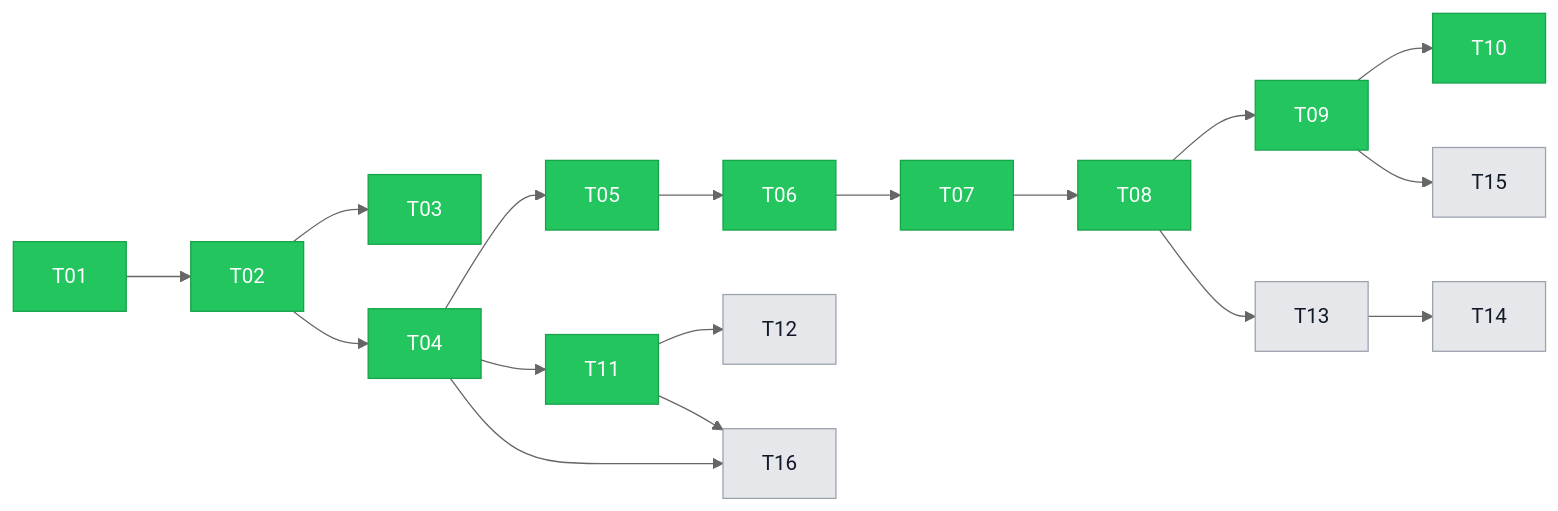
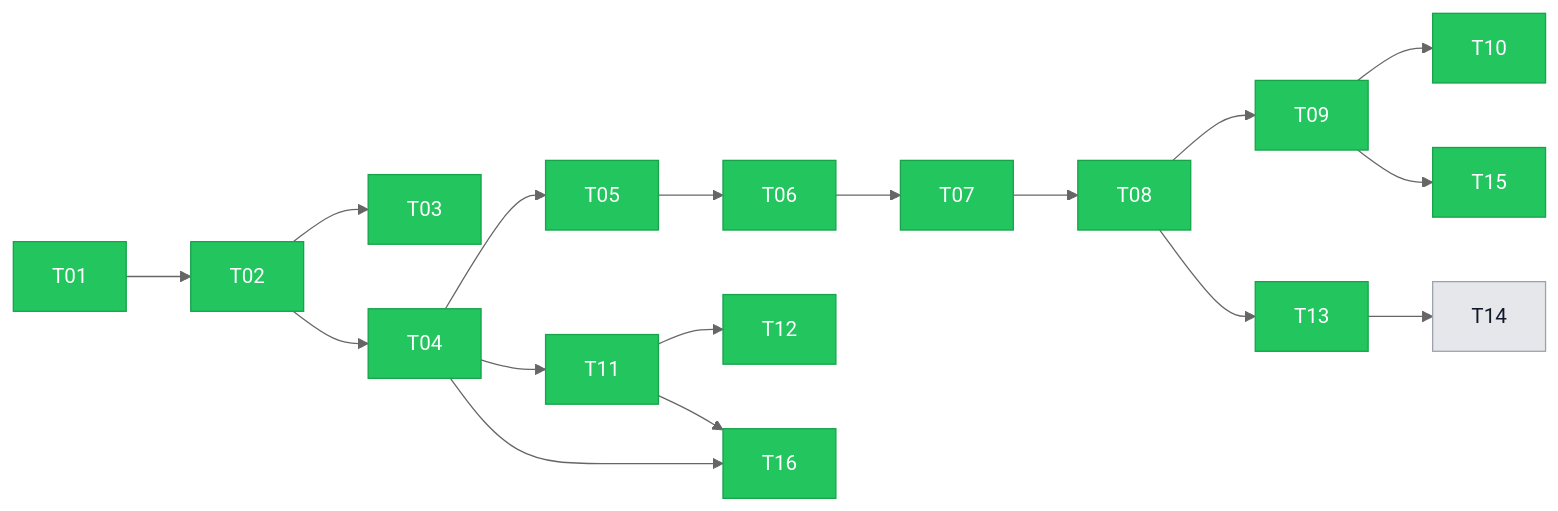
Before and after one commit to enw/e10d-crm: the diagram in docs/kanban.md, drawn with Mermaid (neutral theme). The commit also changed other lines of this file and 25 other files, not shown here.

````diff
--- a/docs/kanban.md
+++ b/docs/kanban.md
@@ -27,22 +27,22 @@
 ```mermaid
 flowchart LR
   T01:::done --> T02:::done
   T02:::done --> T03:::done
   T02:::done --> T04:::done
   T04:::done --> T05:::done
   T05:::done --> T06:::done
   T06:::done --> T07:::done
   T07:::done --> T08:::done
   T08:::done --> T09:::done
   T09:::done --> T10:::done
   T04:::done --> T11:::done
-  T11:::done --> T12:::open
-  T08:::done --> T13:::open
-  T13:::open --> T14:::open
-  T09:::done --> T15:::open
-  T04:::done --> T16:::open
-  T11:::done --> T16:::open
+  T11:::done --> T12:::done
+  T08:::done --> T13:::done
+  T13:::done --> T14:::open
+  T09:::done --> T15:::done
+  T04:::done --> T16:::done
+  T11:::done --> T16:::done
 
   classDef done fill:#22c55e,color:#fff,stroke:#16a34a
   classDef open fill:#e5e7eb,color:#111827,stroke:#9ca3af
 ```
````
